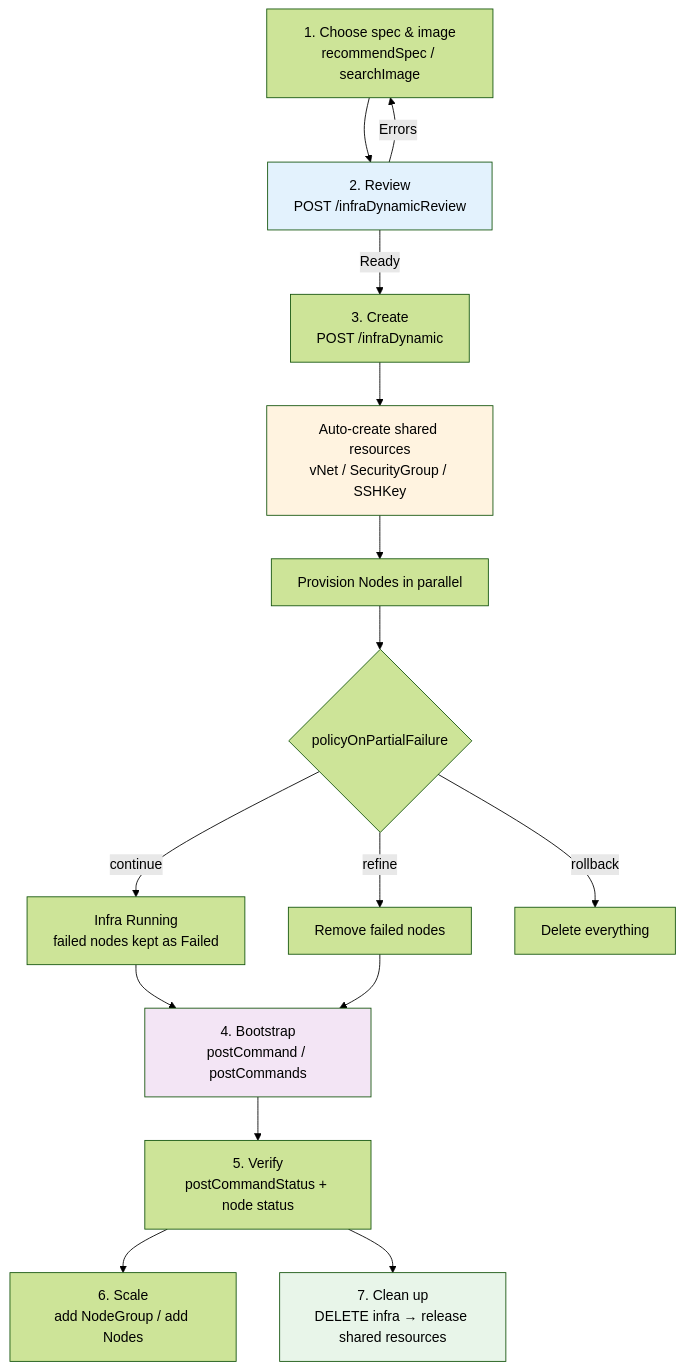
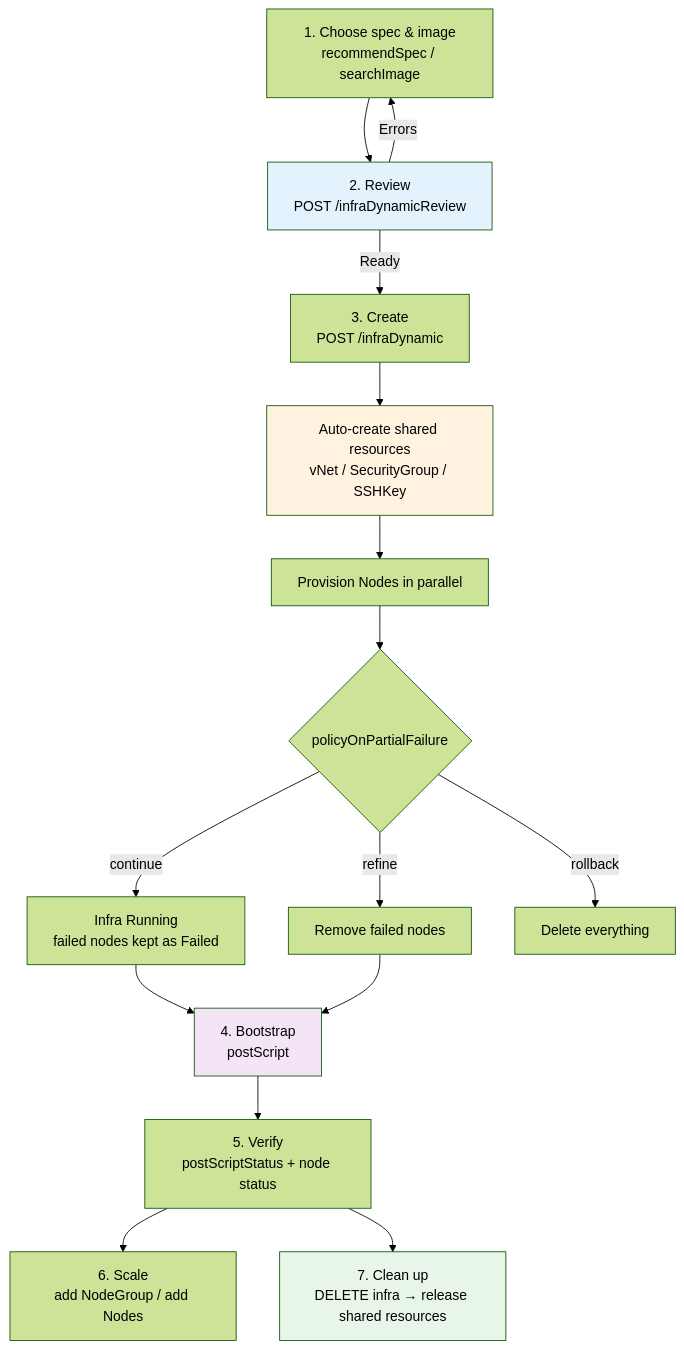
Before and after one commit to cloud-barista/cb-tumblebug: the diagram in docs/feature_guide/infra-provisioning.md, drawn with Mermaid (forest theme). The commit also changed other lines of this file and 57 other files, not shown here.

````diff
--- a/docs/feature_guide/infra-provisioning.md
+++ b/docs/feature_guide/infra-provisioning.md
@@ -18,24 +18,24 @@
 ```mermaid
 flowchart TD
     A[1. Choose spec & image<br/>recommendSpec / searchImage] --> B[2. Review<br/>POST /infraDynamicReview]
     B -->|Ready| C[3. Create<br/>POST /infraDynamic]
     B -->|Errors| A
 
     C --> D[Auto-create shared resources<br/>vNet / SecurityGroup / SSHKey]
     D --> E[Provision Nodes in parallel]
     E --> F{policyOnPartialFailure}
     F -->|continue| G[Infra Running<br/>failed nodes kept as Failed]
     F -->|refine| H[Remove failed nodes]
     F -->|rollback| I[Delete everything]
 
-    G --> J[4. Bootstrap<br/>postCommand / postCommands]
+    G --> J[4. Bootstrap<br/>postScript]
     H --> J
-    J --> K[5. Verify<br/>postCommandStatus + node status]
+    J --> K[5. Verify<br/>postScriptStatus + node status]
     K --> L[6. Scale<br/>add NodeGroup / add Nodes]
     K --> M[7. Clean up<br/>DELETE infra → release shared resources]
 
     style B fill:#e3f2fd
     style D fill:#fff3e0
     style J fill:#f3e5f5
     style M fill:#e8f5e9
 ```
````
